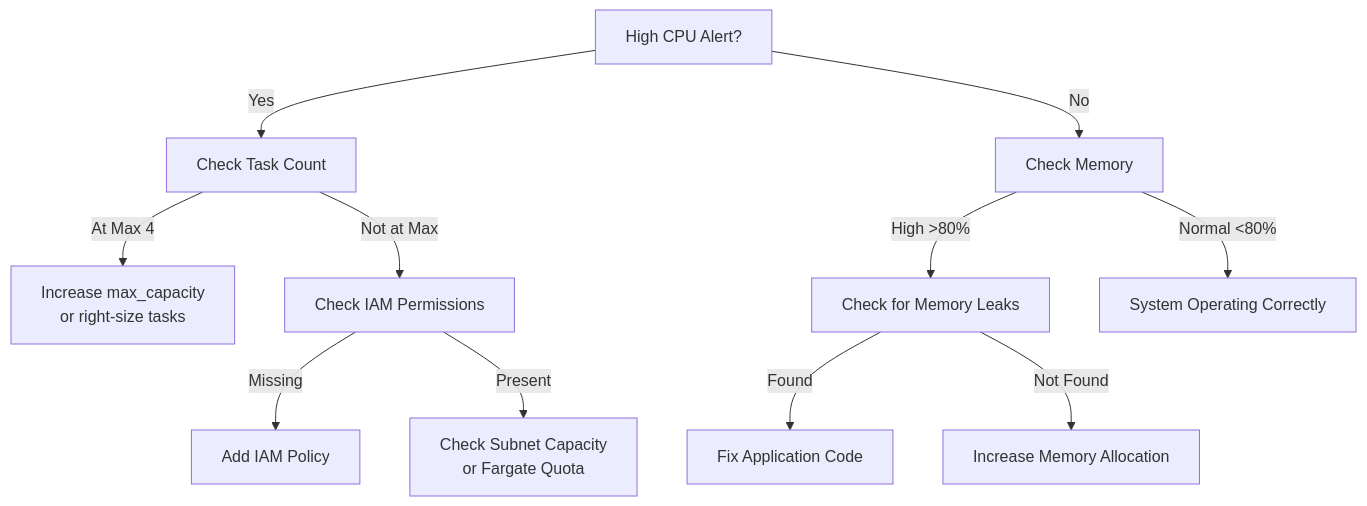
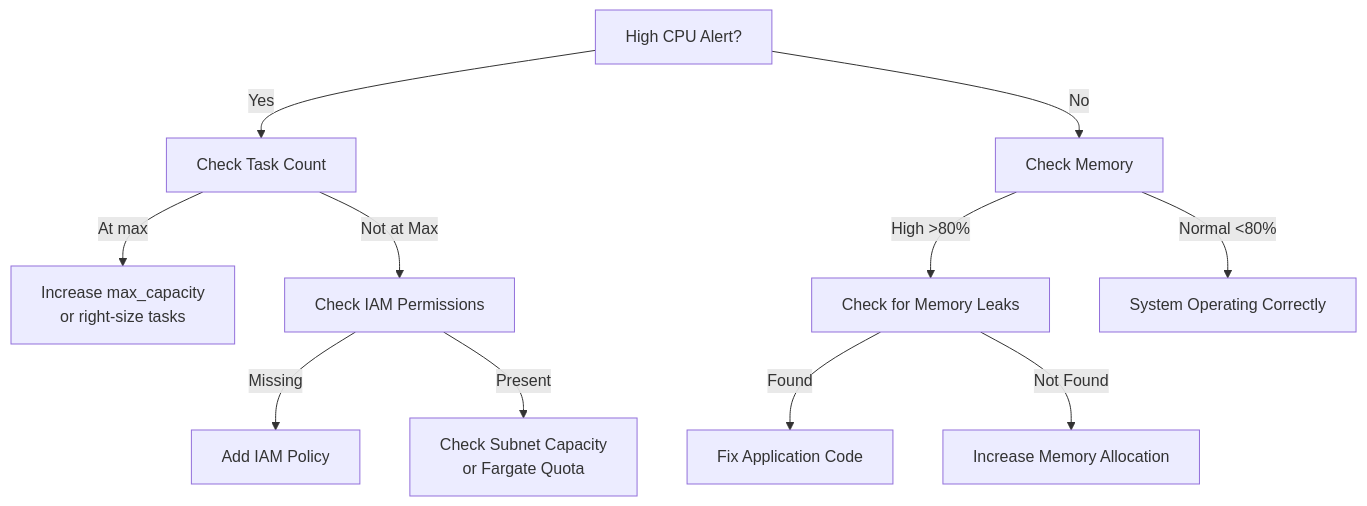
The ninth of 9 diagrams in src/content/posts/en/aws/ecs-autoscaling-deep-dive.md (brandonwie/brandonwie.dev), drawn with Mermaid before and after one commit. The commit also changed other lines of this file and 156 other files, not shown here.

````diff
--- a/src/content/posts/en/aws/ecs-autoscaling-deep-dive.md
+++ b/src/content/posts/en/aws/ecs-autoscaling-deep-dive.md
@@ -699,17 +708,17 @@
 ```mermaid
 flowchart TD
     A["High CPU Alert?"] -->|"Yes"| B["Check Task Count"]
     A -->|"No"| C["Check Memory"]
 
-    B -->|"At Max 4"| D["Increase max_capacity\nor right-size tasks"]
+    B -->|"At max"| D["Increase max_capacity\nor right-size tasks"]
     B -->|"Not at Max"| E["Check IAM Permissions"]
 
     C -->|"High >80%"| F["Check for Memory Leaks"]
     C -->|"Normal <80%"| G["System Operating Correctly"]
 
     E -->|"Missing"| H["Add IAM Policy"]
     E -->|"Present"| I["Check Subnet Capacity\nor Fargate Quota"]
 
     F -->|"Found"| J["Fix Application Code"]
     F -->|"Not Found"| K["Increase Memory Allocation"]
 ```
````
